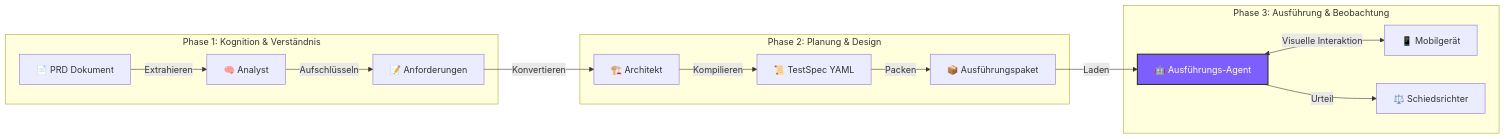
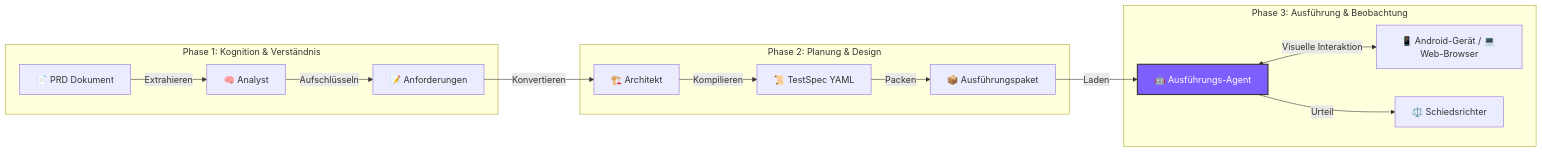
Before and after one commit to Yell0wMe/TesterAgent: the diagram in README.de.md, drawn with Mermaid. The commit also changed other lines of this file and 4 other files, not shown here.

````diff
--- a/README.de.md
+++ b/README.de.md
@@ -63,21 +67,21 @@
 ```mermaid
 graph LR
     subgraph "Phase 1: Kognition & Verständnis"
     Doc[📄 PRD Dokument] -->|Extrahieren| Miner[🧠 Analyst]
     Miner -->|Aufschlüsseln| Reqs[📝 Anforderungen]
     end
 
     subgraph "Phase 2: Planung & Design"
     Reqs -->|Konvertieren| Synthesizer[🏗️ Architekt]
     Synthesizer -->|Kompilieren| Spec[📜 TestSpec YAML]
     Spec -->|Packen| Bundle[📦 Ausführungspaket]
     end
 
     subgraph "Phase 3: Ausführung & Beobachtung"
     Bundle -->|Laden| Runner[🤖 Ausführungs-Agent]
-    Runner <-->|Visuelle Interaktion| Phone[📱 Mobilgerät]
+    Runner <-->|Visuelle Interaktion| Device[📱 Android-Gerät / 💻 Web-Browser]
     Runner -->|Urteil| Judge[⚖️ Schiedsrichter]
     end
 
     style Runner fill:#7d5fff,stroke:#333,stroke-width:2px,color:white
 ```
````
